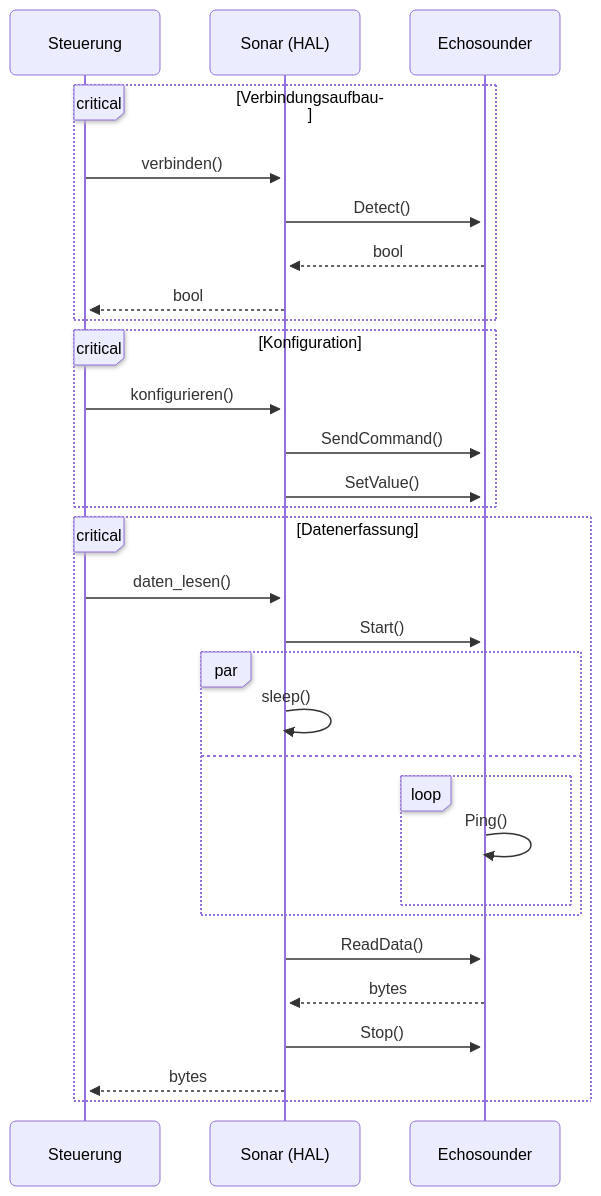
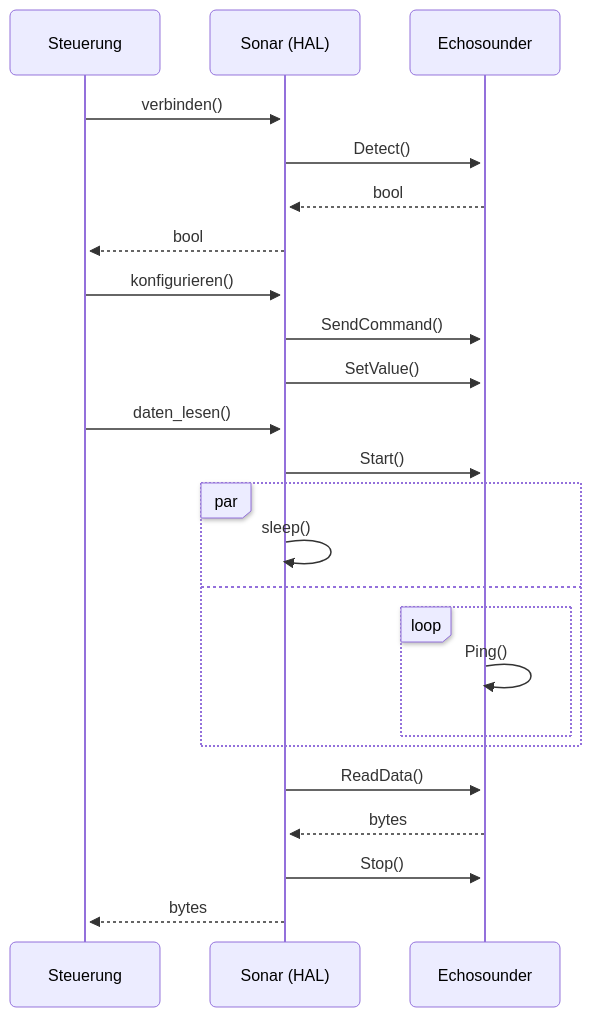
Before and after one commit to Ssaammyy36/sonar_mpa: the diagram in uml/sonar_communication.md, drawn with Mermaid. The commit also changed 1 other file, not shown here.

````diff
--- a/uml/sonar_communication.md
+++ b/uml/sonar_communication.md
@@ -1,40 +1,38 @@
 ```mermaid
 ---
 config:
   theme: mc
   look: neo
 ---
 sequenceDiagram
     participant Ctrl as Steuerung
     participant Sonar as Sonar (HAL)
     participant Device as Echosounder
 
-    critical Verbindungsaufbau
+    %% Verbindungsaufbau
     Ctrl->>Sonar: verbinden()
     Sonar->>Device: Detect()
     Device-->>Sonar: bool
     Sonar-->>Ctrl: bool
-    end
-
-    critical Konfiguration
+        
+    %% Konfiguration
     Ctrl->>Sonar: konfigurieren()
     Sonar->>Device: SendCommand()
     Sonar->>Device: SetValue()
-    end
-
-    critical Datenerfassung
+    
+    %% Datenlesung
     Ctrl->>Sonar: daten_lesen()
     Sonar->>Device: Start()
     par 
         Sonar->>Sonar: sleep()
     and 
         loop 
             Device->>Device: Ping()
         end
     end
     Sonar->>Device: ReadData()
     Device-->>Sonar: bytes
     Sonar->>Device: Stop()
     Sonar-->>Ctrl: bytes
-    end
+    
 ```
````
